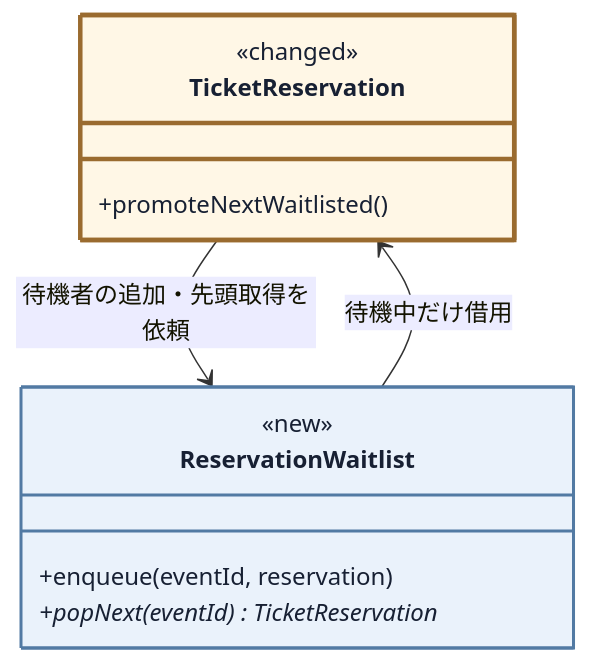
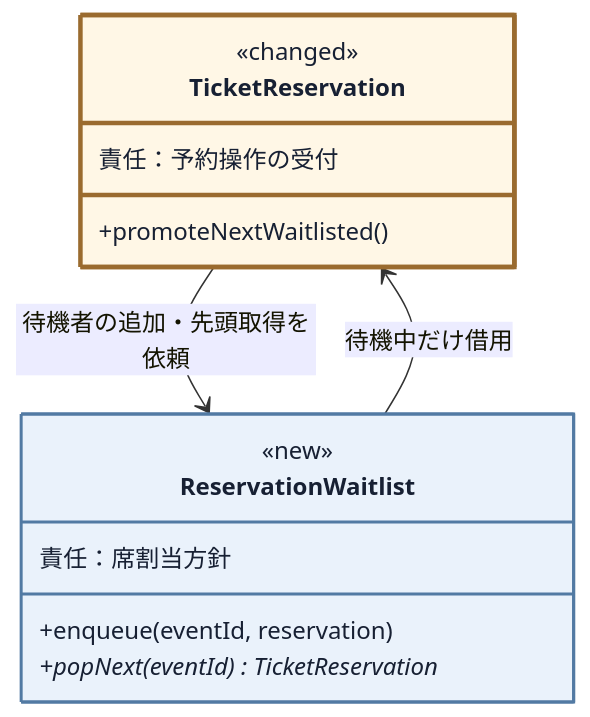
Before and after one commit to kumachan1101-pixel/DesignPattern: diagram 14 of 21 in kindle/design-patterns/books/volume01-core-patterns/output/04-chapter02.md, drawn with Mermaid. The commit also changed other lines of this file and 19 other files, not shown here.

````diff
--- a/kindle/design-patterns/books/volume01-core-patterns/output/04-chapter02.md
+++ b/kindle/design-patterns/books/volume01-core-patterns/output/04-chapter02.md
@@ -1645,18 +1597,20 @@
 ```mermaid
 classDiagram
     direction TB
     class TicketReservation:::touched {
         <<changed>>
+        責任：予約操作の受付
         +promoteNextWaitlisted()
     }
     class ReservationWaitlist:::added {
         <<new>>
+        責任：席割当方針
         +enqueue(eventId, reservation)
         +popNext(eventId) TicketReservation*
     }
     TicketReservation --> ReservationWaitlist : 待機者の追加・先頭取得を依頼
     ReservationWaitlist --> TicketReservation : 待機中だけ借用
 
     classDef added fill:#eaf2fb,stroke:#527aa3,stroke-width:2px,color:#172033;
     classDef touched fill:#fff7e6,stroke:#9a6b2f,stroke-width:3px,color:#172033;
 ```
````
